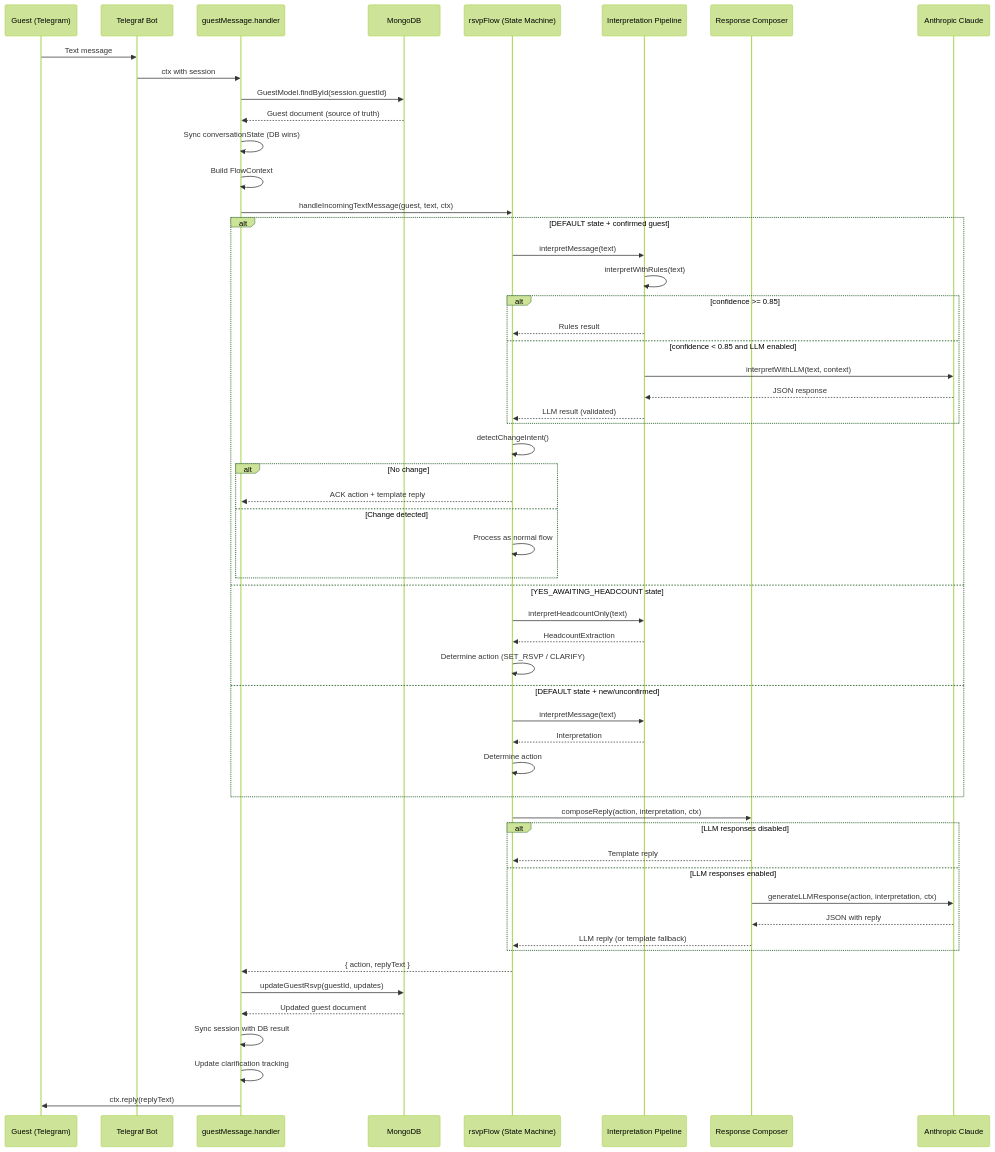
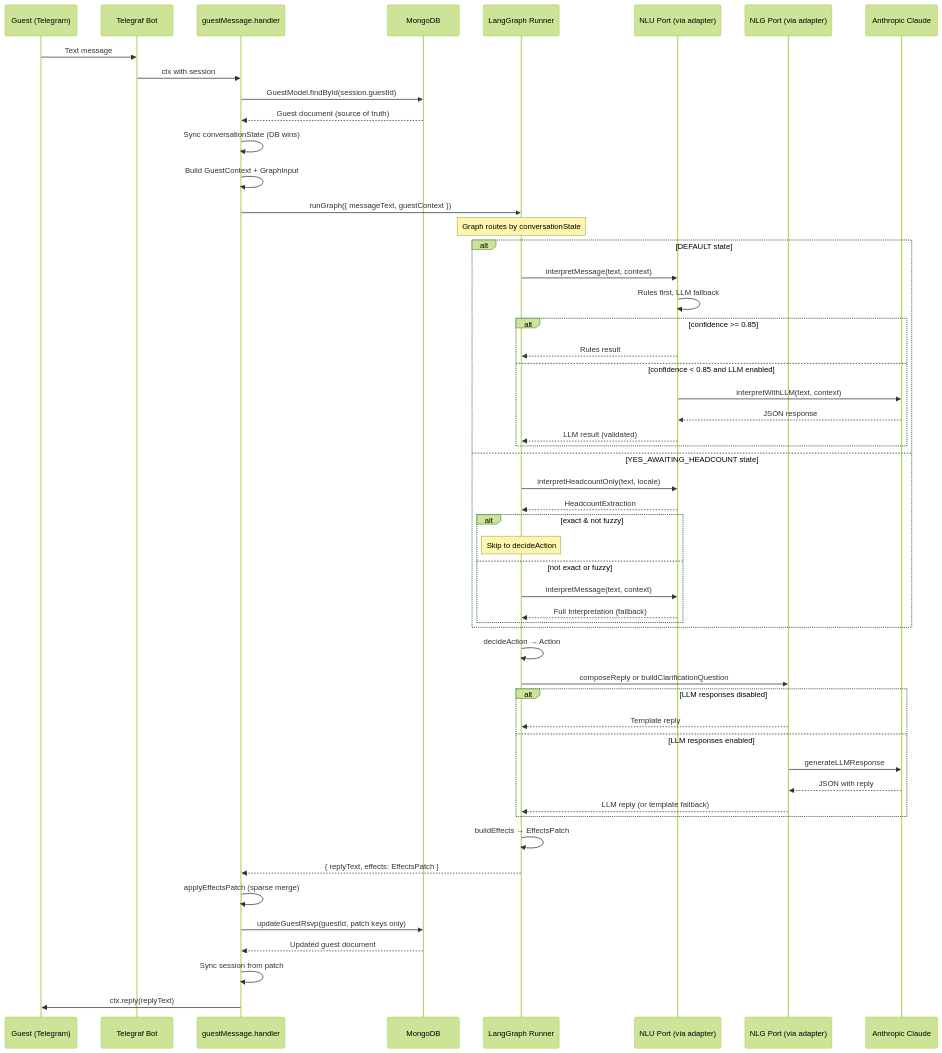
Before and after one commit to Srul123/EZ-Event-BOT: the seventh of 7 diagrams in docs/ai-bot-machine.md, drawn with Mermaid (forest theme). The commit also changed other lines of this file and 20 other files, not shown here.

````diff
--- a/docs/ai-bot-machine.md
+++ b/docs/ai-bot-machine.md
@@ -634,61 +807,60 @@
 ```mermaid
 sequenceDiagram
     participant G as Guest (Telegram)
     participant T as Telegraf Bot
     participant H as guestMessage.handler
     participant DB as MongoDB
-    participant FSM as rsvpFlow (State Machine)
-    participant NLU as Interpretation Pipeline
-    participant NLG as Response Composer
+    participant GR as LangGraph Runner
+    participant NLU as NLU Port (via adapter)
+    participant NLG as NLG Port (via adapter)
     participant LLM as Anthropic Claude
 
     G->>T: Text message
     T->>H: ctx with session
     H->>DB: GuestModel.findById(session.guestId)
     DB-->>H: Guest document (source of truth)
     H->>H: Sync conversationState (DB wins)
-    H->>H: Build FlowContext
-    H->>FSM: handleIncomingTextMessage(guest, text, ctx)
+    H->>H: Build GuestContext + GraphInput
+    H->>GR: runGraph({ messageText, guestContext })
 
-    alt DEFAULT state + confirmed guest
-        FSM->>NLU: interpretMessage(text)
-        NLU->>NLU: interpretWithRules(text)
+    Note over GR: Graph routes by conversationState
+
+    alt DEFAULT state
+        GR->>NLU: interpretMessage(text, context)
+        NLU->>NLU: Rules first, LLM fallback
         alt confidence >= 0.85
-            NLU-->>FSM: Rules result
+            NLU-->>GR: Rules result
         else confidence < 0.85 and LLM enabled
             NLU->>LLM: interpretWithLLM(text, context)
             LLM-->>NLU: JSON response
-            NLU-->>FSM: LLM result (validated)
-        end
-        FSM->>FSM: detectChangeIntent()
-        alt No change
-            FSM-->>H: ACK action + template reply
-        else Change detected
-            FSM->>FSM: Process as normal flow
+            NLU-->>GR: LLM result (validated)
         end
     else YES_AWAITING_HEADCOUNT state
-        FSM->>NLU: interpretHeadcountOnly(text)
-        NLU-->>FSM: HeadcountExtraction
-        FSM->>FSM: Determine action (SET_RSVP / CLARIFY)
-    else DEFAULT state + new/unconfirmed
-        FSM->>NLU: interpretMessage(text)
-        NLU-->>FSM: Interpretation
-        FSM->>FSM: Determine action
+        GR->>NLU: interpretHeadcountOnly(text, locale)
+        NLU-->>GR: HeadcountExtraction
+        alt exact & not fuzzy
+            Note over GR: Skip to decideAction
+        else not exact or fuzzy
+            GR->>NLU: interpretMessage(text, context)
+            NLU-->>GR: Full Interpretation (fallback)
+        end
     end
 
-    FSM->>NLG: composeReply(action, interpretation, ctx)
+    GR->>GR: decideAction → Action
+    GR->>NLG: composeReply or buildClarificationQuestion
     alt LLM responses disabled
-        NLG-->>FSM: Template reply
+        NLG-->>GR: Template reply
     else LLM responses enabled
-        NLG->>LLM: generateLLMResponse(action, interpretation, ctx)
+        NLG->>LLM: generateLLMResponse
         LLM-->>NLG: JSON with reply
-        NLG-->>FSM: LLM reply (or template fallback)
+        NLG-->>GR: LLM reply (or template fallback)
     end
+    GR->>GR: buildEffects → EffectsPatch
 
-    FSM-->>H: { action, replyText }
-    H->>DB: updateGuestRsvp(guestId, updates)
+    GR-->>H: { replyText, effects: EffectsPatch }
+    H->>H: applyEffectsPatch (sparse merge)
+    H->>DB: updateGuestRsvp(guestId, patch keys only)
     DB-->>H: Updated guest document
-    H->>H: Sync session with DB result
-    H->>H: Update clarification tracking
+    H->>H: Sync session from patch
     H->>G: ctx.reply(replyText)
 ```
````
